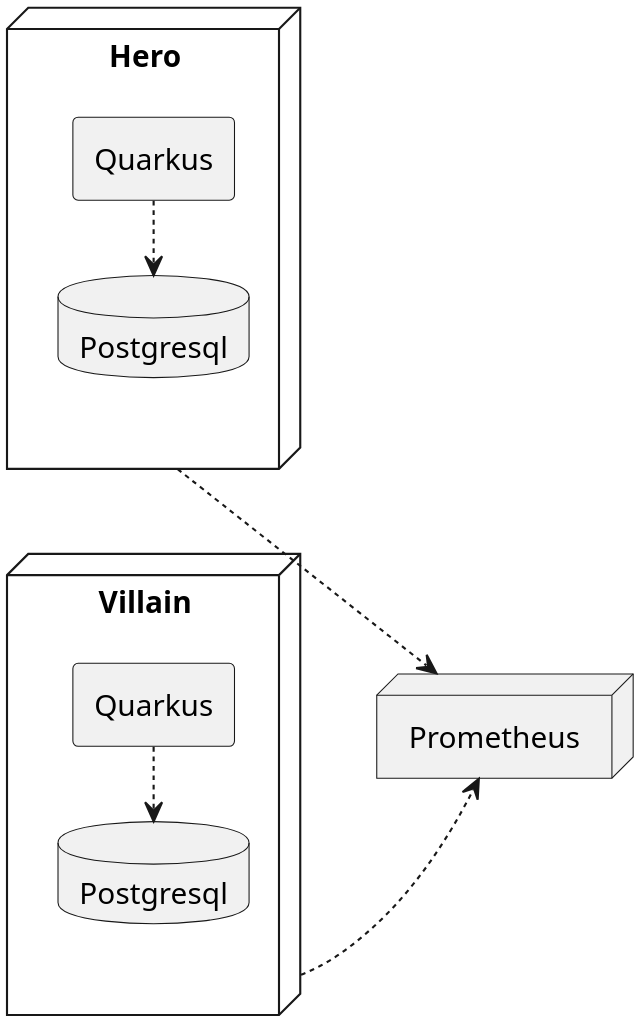
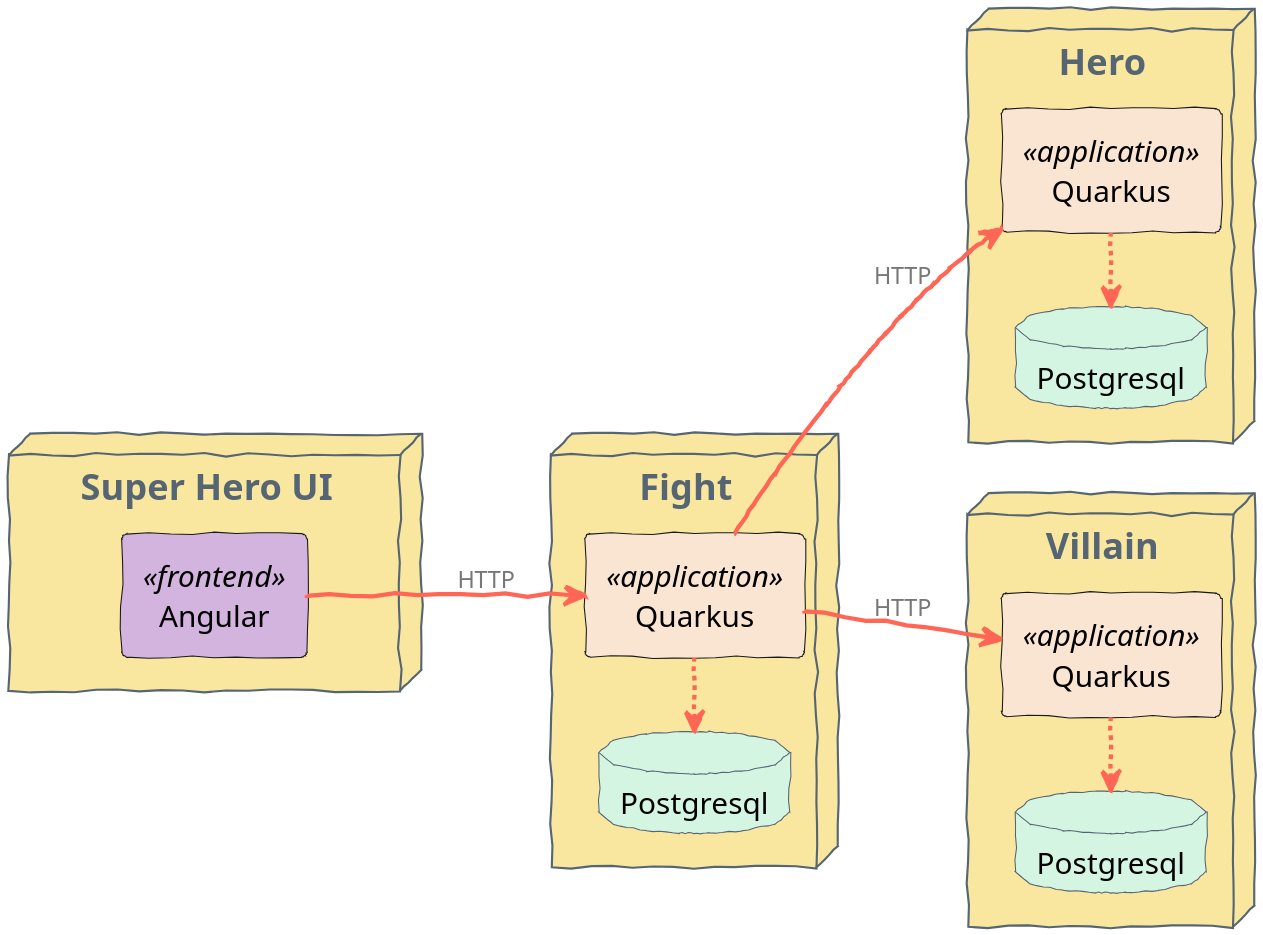
The diagram in quarkus-workshop-super-heroes/docs/src/main/plantuml/microservices-physical-architecture.puml (quarkusio/quarkus-workshops), drawn with PlantUML before and after one commit. The commit also changed 15 other files, not shown here.

```diff
--- a/quarkus-workshop-super-heroes/docs/src/main/plantuml/microservices-physical-architecture.puml
+++ b/quarkus-workshop-super-heroes/docs/src/main/plantuml/microservices-physical-architecture.puml
@@ -1,25 +1,62 @@
 @startuml
 skinparam dpi 300
+skinparam useBetaStyle true
+skinparam handwritten true
 allow_mixing
+
+skinparam node {
+	ArrowColor aqua
+
+	borderColor #566573
+	backgroundColor #F9E79F
+	fontName Calibri
+	fontSize 17
+	fontColor #566573
+}
+
+skinparam database {
+	borderColor #566573
+	backgroundColor #D5F5E3
+}
+
+skinparam agent {
+    backgroundColor<<frontend>> #D2B4DE
+    backgroundColor<<application>> #FAE5D3
+}
+
+skinparam arrow {
+  fontName Calibri
+  color #FF6655
+  fontColor #777777
+  thickness 2
+  fontSize 11
+}
 
 left to right direction
 
+node "Super Hero UI" as ui {
+    agent "Angular" <<frontend>> as uiNodejs
+}
+
 node "Hero" as hero {
-    agent "Quarkus" as heroQuarkus
+    agent "Quarkus" <<application>> as heroQuarkus
     database "Postgresql" as heroPostgresql
     heroQuarkus .up> heroPostgresql
 }
 
 node "Villain" as villain {
-    agent "Quarkus" as villainQuarkus
+    agent "Quarkus" <<application>>  as villainQuarkus
     database "Postgresql" as villainPostgresql
     villainQuarkus .up> villainPostgresql
 }
 
-node "Prometheus" as prometheus {
+node "Fight" as fight {
+    agent "Quarkus" <<application>> as fightQuarkus
+    database "Postgresql" as fightPostgresql
+    fightQuarkus .up> fightPostgresql
 }
 
-hero ..> prometheus
-villain ..> prometheus
-
+uiNodejs --> fightQuarkus : HTTP
+fightQuarkus --> heroQuarkus : HTTP
+fightQuarkus --> villainQuarkus : HTTP
 @enduml
```
